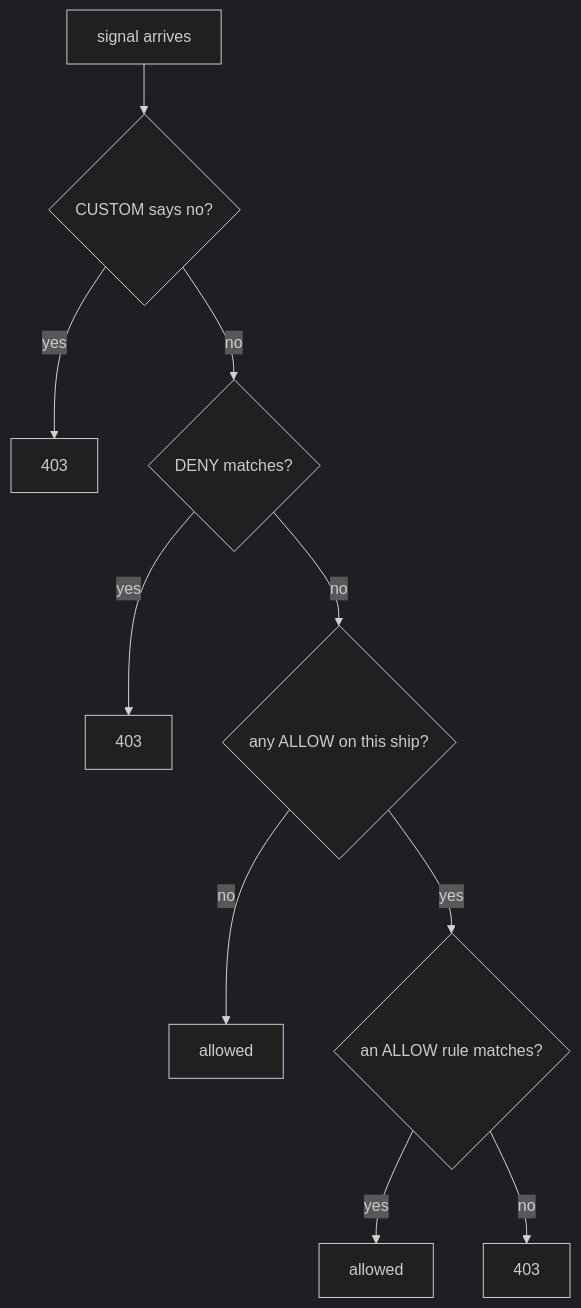
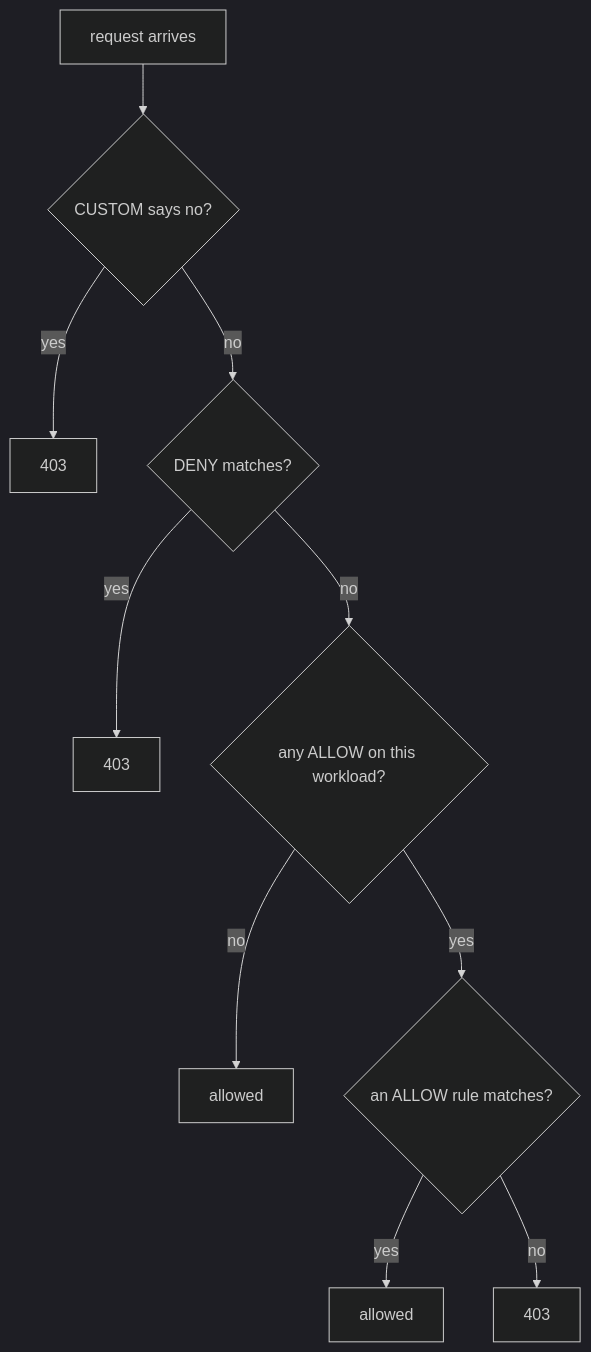
One commit to astrona-io/ATS015 changed the diagram in sections/section-020/module-01/course-02-close-the-airlock.md. Above: the diagram before and after it, drawn with Mermaid (dark theme). The commit also changed other lines of this file and 42 other files, not shown here.

````diff
--- a/sections/section-020/module-01/course-02-close-the-airlock.md
+++ b/sections/section-020/module-01/course-02-close-the-airlock.md
@@ -91,12 +91,12 @@
 ```mermaid
 flowchart TB
-    R["signal arrives"] --> C{"CUSTOM says no?"}
+    R["request arrives"] --> C{"CUSTOM says no?"}
     C -->|"yes"| D1["403"]
     C -->|"no"| D{"DENY matches?"}
     D -->|"yes"| D2["403"]
-    D -->|"no"| A{"any ALLOW on this ship?"}
+    D -->|"no"| A{"any ALLOW on this workload?"}
     A -->|"no"| OK1["allowed"]
     A -->|"yes"| M{"an ALLOW rule matches?"}
     M -->|"yes"| OK2["allowed"]
     M -->|"no"| D3["403"]
 ```
````
